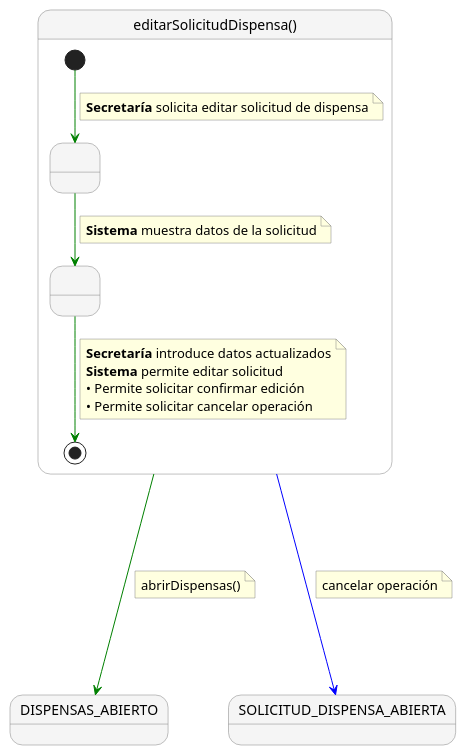
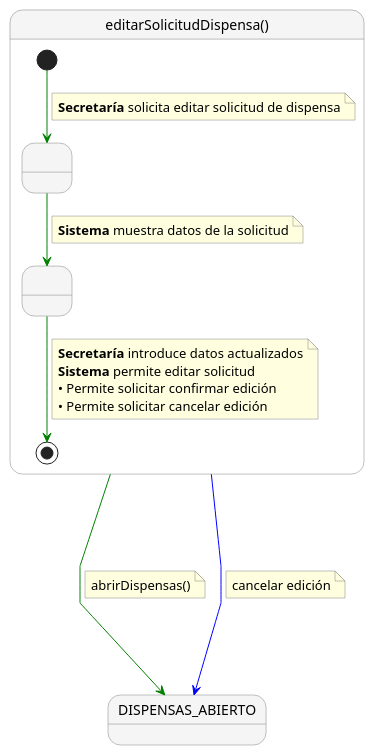
Before and after one commit to enmabry/25-26-IdSw1-SdR: the diagram in documents/CasosDeUso/DetalladoCasosDeUso/Secretaria/editarSolicitudDispensa.puml, drawn with PlantUML. The commit also changed 18 other files, not shown here.

```diff
--- a/documents/CasosDeUso/DetalladoCasosDeUso/Secretaria/editarSolicitudDispensa.puml
+++ b/documents/CasosDeUso/DetalladoCasosDeUso/Secretaria/editarSolicitudDispensa.puml
@@ -1,46 +1,45 @@
 @startuml
 skinparam nodesep 60
 skinparam ranksep 60
 skinparam linetype polyline
 skinparam NoteBackgroundColor lightyellow
 skinparam NoteBorderColor gray
 skinparam StateBackgroundColor #F5F5F5
 skinparam StateBorderColor gray
 
 state "editarSolicitudDispensa()" as editarSolicitudDispensa {
    
     state " " as Paso1
     state " " as Paso2
    
     [*] -[#green]-> Paso1
     note on link
       <b>Secretaría</b> solicita editar solicitud de dispensa
     end note
    
     Paso1 -[#green]-> Paso2
     note on link
       <b>Sistema</b> muestra datos de la solicitud
     end note
    
     Paso2 -[#green]-> [*]
     note on link
       <b>Secretaría</b> introduce datos actualizados
       <b>Sistema</b> permite editar solicitud
       • Permite solicitar confirmar edición
-      • Permite solicitar cancelar operación
+      • Permite solicitar cancelar edición
     end note
 }
 
 state "DISPENSAS_ABIERTO" as DISPENSAS_ABIERTO
-state "SOLICITUD_DISPENSA_ABIERTA" as SOLICITUD_DISPENSA_ABIERTA
 
 editarSolicitudDispensa -[#green]---> DISPENSAS_ABIERTO
 note right on link
   abrirDispensas()
 end note
 
-editarSolicitudDispensa -[#blue]---> SOLICITUD_DISPENSA_ABIERTA
+editarSolicitudDispensa -[#blue]---> DISPENSAS_ABIERTO
 note right on link
-  cancelar operación
+  cancelar edición
 end note
 @enduml
```
